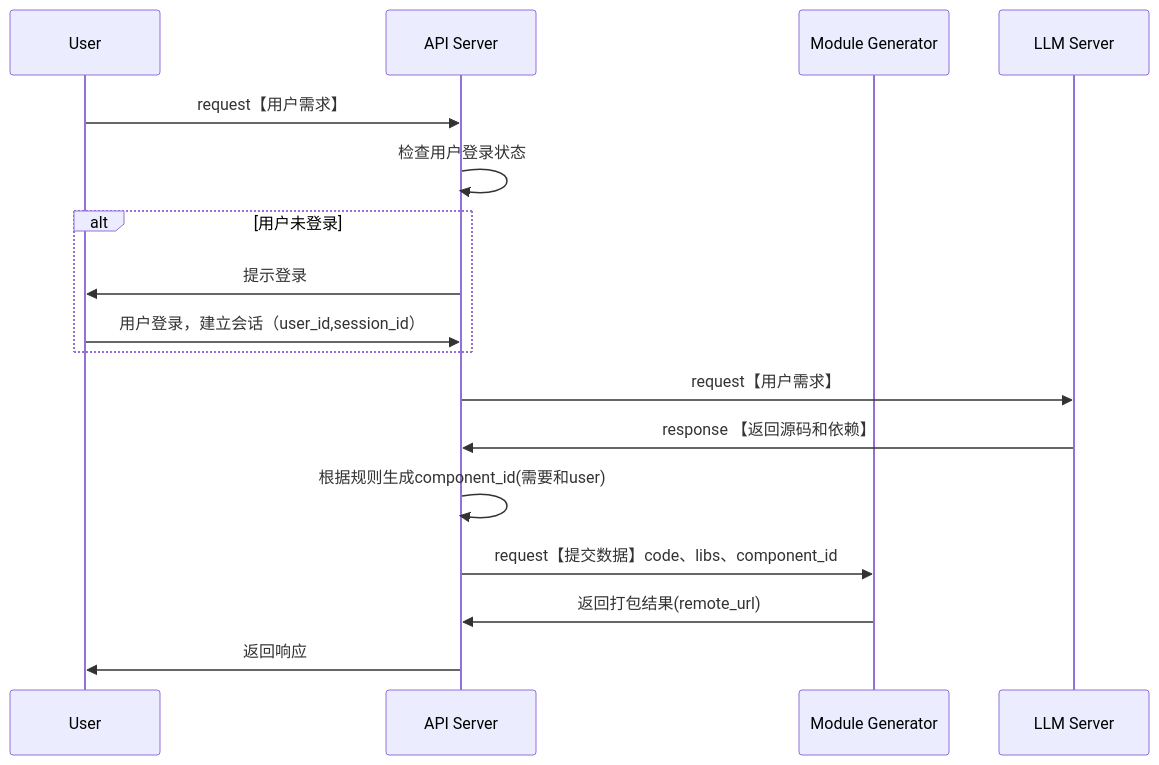
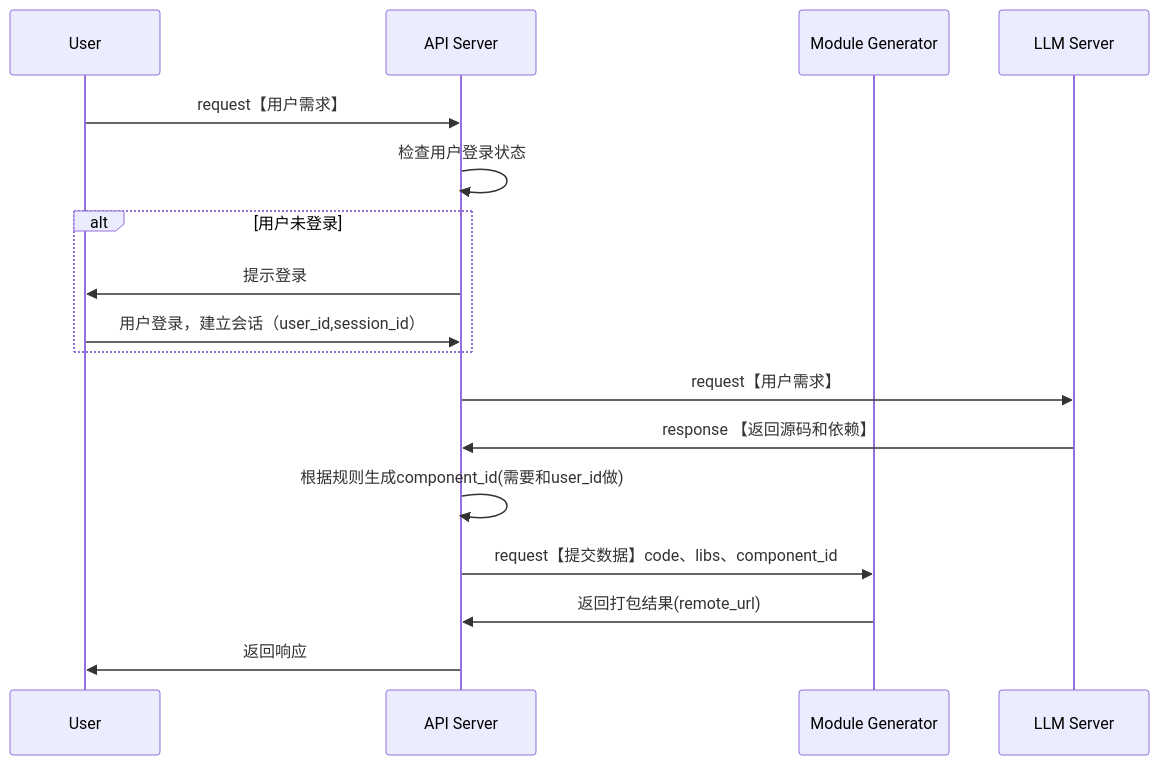
One commit to yingjianzh/iodraw-files changed the diagram in all/未命名-7.md. Above: the diagram before and after it, drawn with Mermaid.

Commit message:
2024-10-08 16:02:42 update

````diff
--- a/all/未命名-7.md
+++ b/all/未命名-7.md
@@ -1,23 +1,23 @@
 ```mermaid
 sequenceDiagram
     participant User
     participant API Server
     participant Module Generator
     participant LLM Server
 
     User->>API Server: request【用户需求】
     API Server->>API Server: 检查用户登录状态
     alt 用户未登录
         API Server->>User: 提示登录
         User->>API Server: 用户登录，建立会话（user_id,session_id）
     end
 
     API Server->>LLM Server: request【用户需求】
     LLM Server->>API Server: response 【返回源码和依赖】
-    API Server->>API Server: 根据规则生成component_id(需要和user)
+    API Server->>API Server: 根据规则生成component_id(需要和user_id做)
     API Server->>Module Generator: request【提交数据】code、libs、component_id
     Module Generator->>API Server: 返回打包结果(remote_url)
 
     API Server->>User: 返回响应
 
 ```
````
